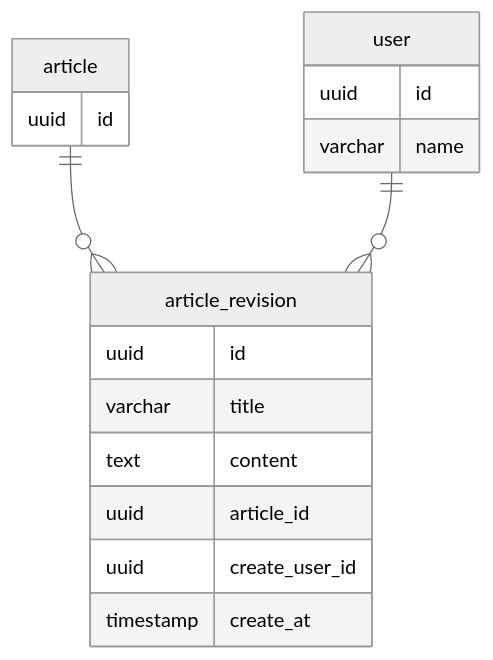
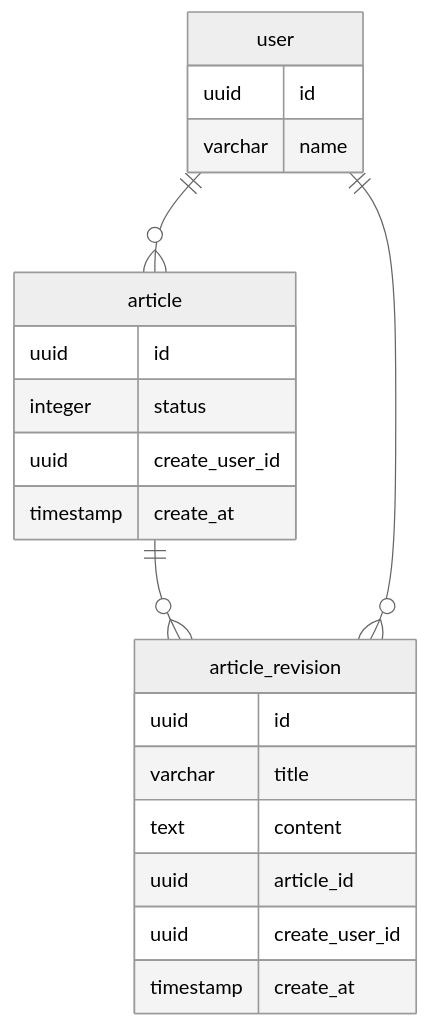
One commit to nyuusen/praha-challenge changed the first of 2 diagrams in db-modeling-5/README.md. Above: the diagram before and after it, drawn with Mermaid (neutral theme). The commit also changed other lines of this file, not shown here.

Commit message:
change: 記事テーブルに作成者とstatusを保持

````diff
--- a/db-modeling-5/README.md
+++ b/db-modeling-5/README.md
@@ -5,24 +5,28 @@
 ```mermaid
 erDiagram
 article ||--o{ article_revision: ""
+user ||--o{ article: ""
 user ||--o{ article_revision: ""
 
 user {
   uuid id
   varchar name
 }
 
 article {
   uuid id
+  integer status
+  uuid create_user_id
+  timestamp create_at
 }
 
 article_revision {
   uuid id
   varchar title
   text content
   uuid article_id
   uuid create_user_id
   timestamp create_at
 }
 
 ```
````
